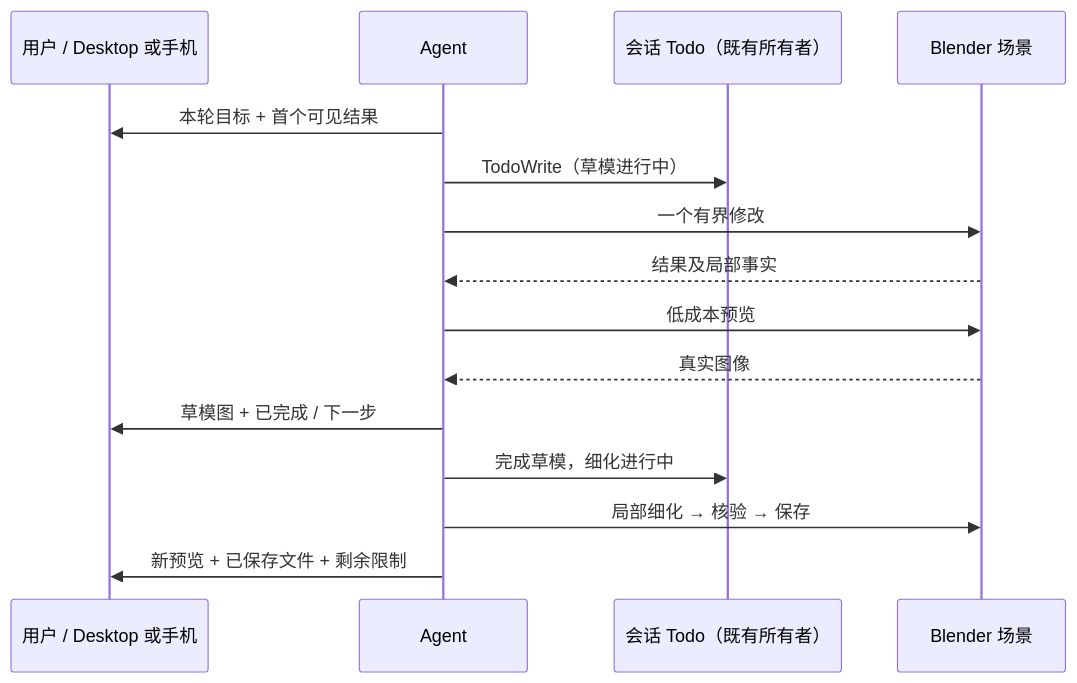
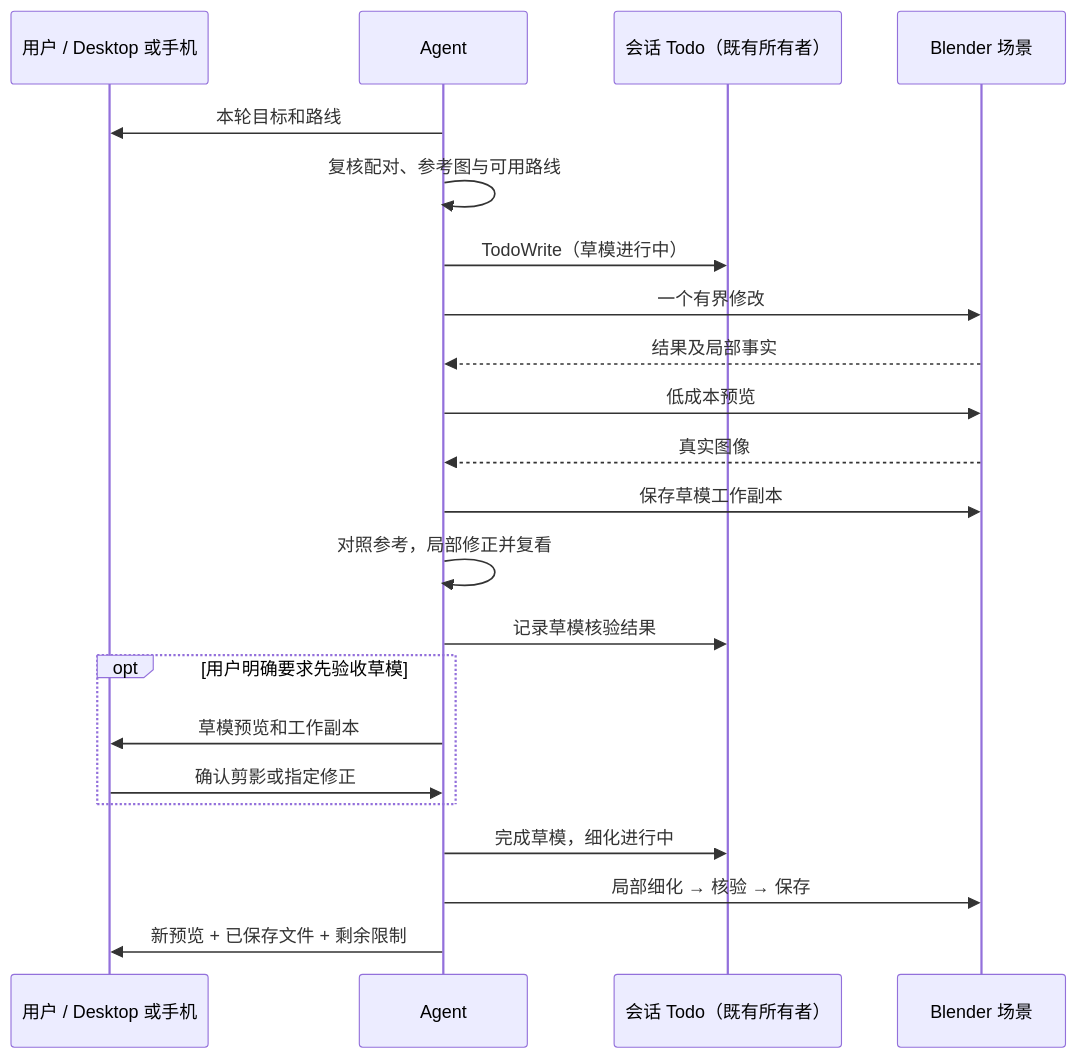
One commit to kaying-ai/KayingCode changed the diagram in apps/zcode-cli/packages/blender-plugin/specs/creation-progress.md. Above: the diagram before and after it, drawn with Mermaid. The commit also changed other lines of this file and 51 other files, not shown here.

````diff
--- a/apps/zcode-cli/packages/blender-plugin/specs/creation-progress.md
+++ b/apps/zcode-cli/packages/blender-plugin/specs/creation-progress.md
@@ -15,17 +23,24 @@
 ```mermaid
 sequenceDiagram
     participant U as 用户 / Desktop 或手机
     participant A as Agent
     participant T as 会话 Todo（既有所有者）
     participant B as Blender 场景
-    A->>U: 本轮目标 + 首个可见结果
+    A->>U: 本轮目标和路线
+    A->>A: 复核配对、参考图与可用路线
     A->>T: TodoWrite（草模进行中）
     A->>B: 一个有界修改
     B-->>A: 结果及局部事实
     A->>B: 低成本预览
     B-->>A: 真实图像
-    A->>U: 草模图 + 已完成 / 下一步
+    A->>B: 保存草模工作副本
+    A->>A: 对照参考，局部修正并复看
+    A->>T: 记录草模核验结果
+    opt 用户明确要求先验收草模
+        A->>U: 草模预览和工作副本
+        U->>A: 确认剪影或指定修正
+    end
     A->>T: 完成草模，细化进行中
     A->>B: 局部细化 → 核验 → 保存
     A->>U: 新预览 + 已保存文件 + 剩余限制
 ```
````
